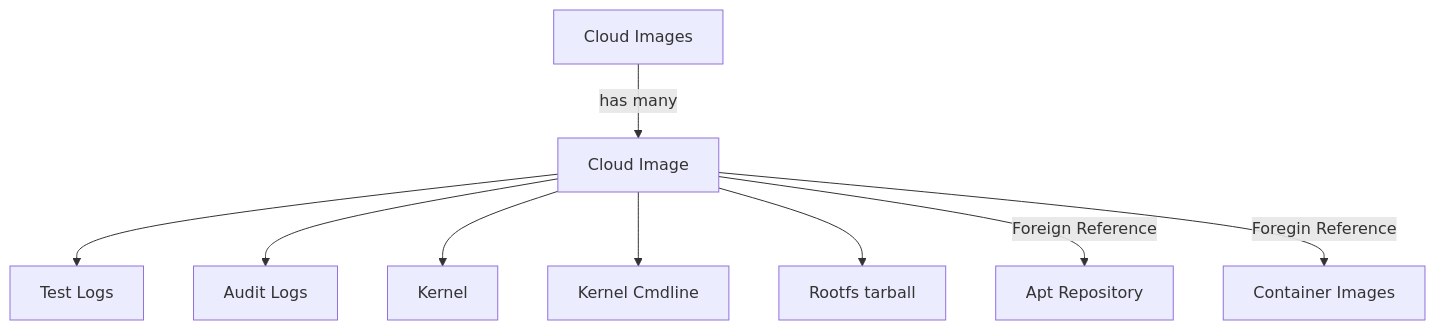
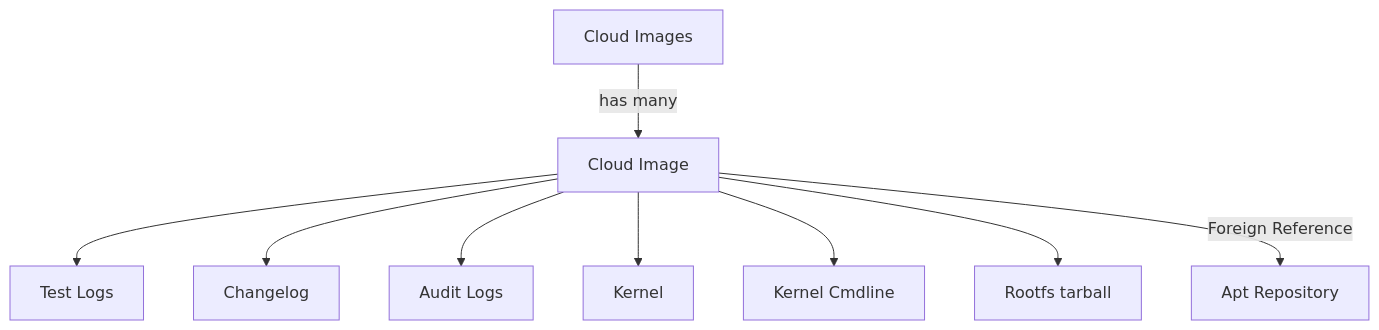
One commit to gardenlinux/gardenlinux changed the second of 3 diagrams in docs/01_developers/ocm/high-level-design.md. Above: the diagram before and after it, drawn with Mermaid. The commit also changed other lines of this file, not shown here.

Commit message:
describe container type not instances in hld

````diff
--- a/docs/01_developers/ocm/high-level-design.md
+++ b/docs/01_developers/ocm/high-level-design.md
@@ -43,13 +41,13 @@
 ```mermaid
 graph TD;
 
     CloudImages[Cloud Images] -->|has many| CloudImage;
     CloudImage[Cloud Image] --> TestLog[Test Logs];
+    CloudImage[Cloud Image] --> Changelog[Changelog];
     CloudImage[Cloud Image] --> AuditLogs[Audit Logs];
     CloudImage[Cloud Image] --> LinuxKernel[Kernel];
     CloudImage[Cloud Image] --> KernelCmdLine[Kernel Cmdline];
     CloudImage[Cloud Image] --> rootfs[Rootfs tarball];
     CloudImage[Cloud Image] -->|Foreign Reference| AptRepository[Apt Repository];
-    CloudImage[Cloud Image] -->|Foregin Reference| ContainerImages[Container Images];
 
 ```
````
